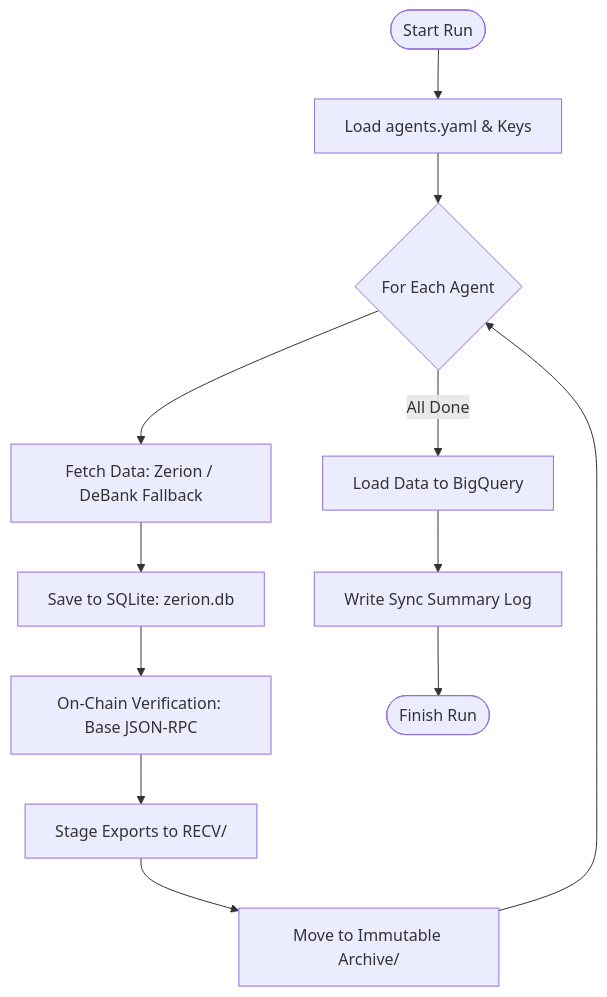
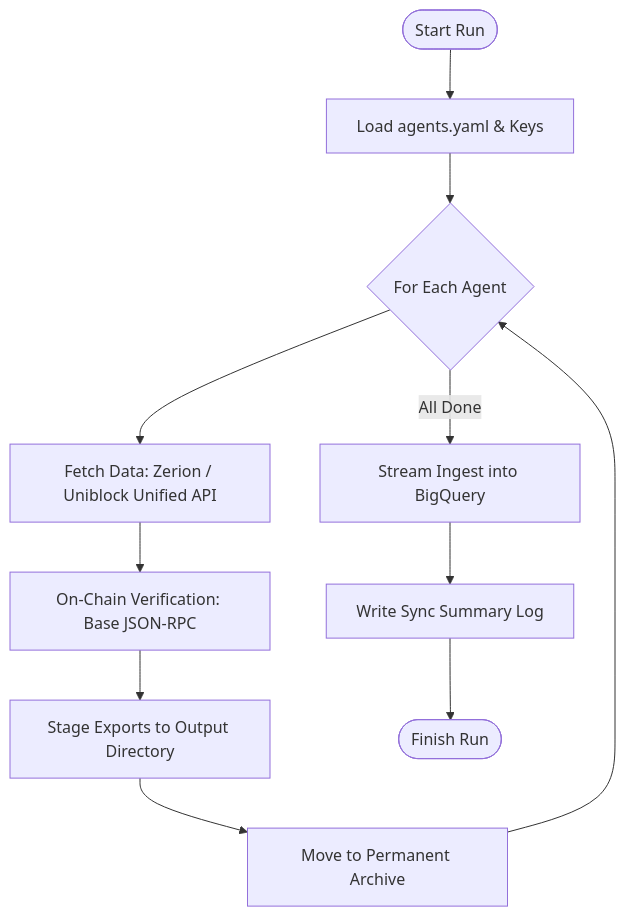
Before and after one commit to abdelhaqs/agent-accounting: the diagram in docs/etl/main.md, drawn with Mermaid. The commit also changed other lines of this file and 8 other files, not shown here.

Commit message:
Clarify Uniblock Unified API abstraction and separate local testing/SQLite from production diagrams

````diff
--- a/docs/etl/main.md
+++ b/docs/etl/main.md
@@ -13,14 +13,13 @@
 ```mermaid
 flowchart TD
     Start([Start Run]) --> LoadConfig[Load agents.yaml & Keys]
     LoadConfig --> Loop{For Each Agent}
-    Loop --> Fetch[Fetch Data: Zerion / DeBank Fallback]
-    Fetch --> Store[Save to SQLite: zerion.db]
-    Store --> Verify[On-Chain Verification: Base JSON-RPC]
-    Verify --> Stage[Stage Exports to RECV/]
-    Stage --> Archive[Move to Immutable Archive/]
+    Loop --> Fetch[Fetch Data: Zerion / Uniblock Unified API]
+    Fetch --> Verify[On-Chain Verification: Base JSON-RPC]
+    Verify --> Stage[Stage Exports to Output Directory]
+    Stage --> Archive[Move to Permanent Archive]
     Archive --> Loop
-    Loop -->|All Done| BQ[Load Data to BigQuery]
+    Loop -->|All Done| BQ[Stream Ingest into BigQuery]
     BQ --> Log[Write Sync Summary Log]
     Log --> Done([Finish Run])
 ```
````
